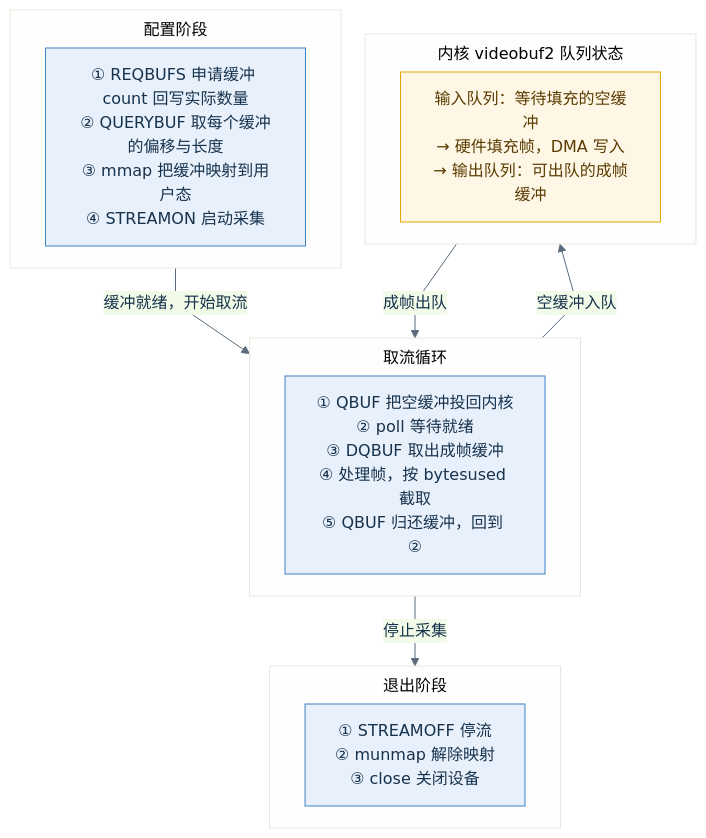
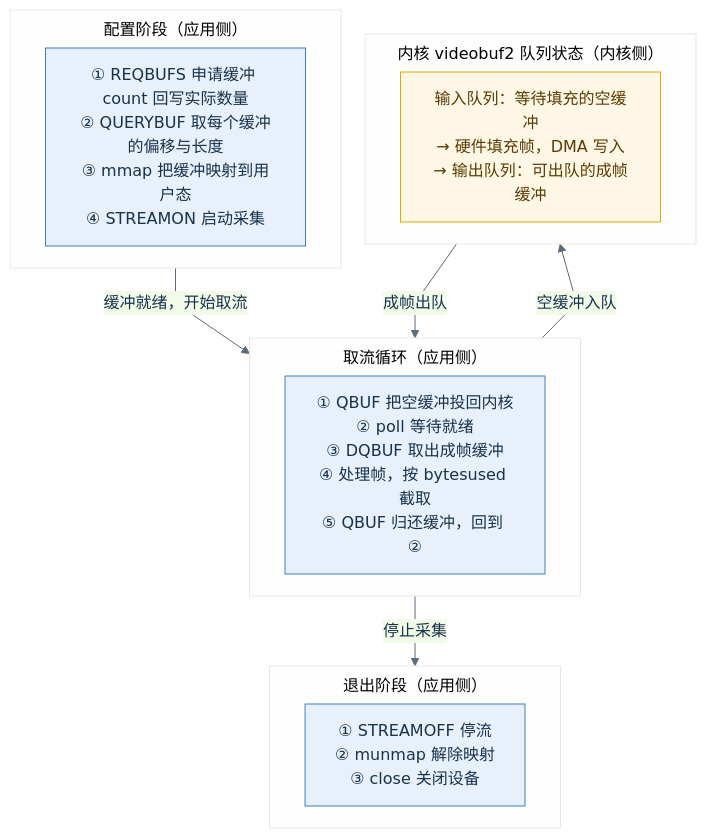
One commit to DeguiLiu/tech-notes changed the third of 9 diagrams in content/posts/architecture/soc_video_pipeline_v4l2_dma_buf.md. Above: the diagram before and after it, drawn with Mermaid. The commit also changed other lines of this file, not shown here.

Commit message:
story-docs(blog): redraw layering figure for both V4L2 sides and label buffer stages

````diff
--- a/content/posts/architecture/soc_video_pipeline_v4l2_dma_buf.md
+++ b/content/posts/architecture/soc_video_pipeline_v4l2_dma_buf.md
@@ -254,22 +254,23 @@
 ```mermaid
 %%{init: {'theme':'base','flowchart':{'nodeSpacing':24,'rankSpacing':46,'curve':'linear','subGraphTitleMargin':{'top':8,'bottom':8}},'themeVariables':{'primaryColor':'#E8F1FB','primaryTextColor':'#17324D','primaryBorderColor':'#3B82C4','lineColor':'#5B6B7C'}}}%%
 flowchart TB
-  subgraph CFG["配置阶段"]
+  subgraph CFG["配置阶段（应用侧）"]
     CF["① REQBUFS 申请缓冲 count 回写实际数量<br/>② QUERYBUF 取每个缓冲的偏移与长度<br/>③ mmap 把缓冲映射到用户态<br/>④ STREAMON 启动采集"]:::app
   end
-  subgraph LOOP["取流循环"]
+  subgraph LOOP["取流循环（应用侧）"]
     LP["① QBUF 把空缓冲投回内核<br/>② poll 等待就绪<br/>③ DQBUF 取出成帧缓冲<br/>④ 处理帧，按 bytesused 截取<br/>⑤ QBUF 归还缓冲，回到 ②"]:::app
   end
-  subgraph VB["内核 videobuf2 队列状态"]
+  subgraph VB["内核 videobuf2 队列状态（内核侧）"]
     VB1["输入队列：等待填充的空缓冲<br/>→ 硬件填充帧，DMA 写入<br/>→ 输出队列：可出队的成帧缓冲"]:::buf
   end
-  subgraph FIN["退出阶段"]
+  subgraph FIN["退出阶段（应用侧）"]
     FI["① STREAMOFF 停流<br/>② munmap 解除映射<br/>③ close 关闭设备"]:::app
   end
   CFG -->|"缓冲就绪，开始取流"| LOOP
   LOOP -->|"空缓冲入队"| VB
   VB -->|"成帧出队"| LOOP
   LOOP -->|"停止采集"| FIN
   classDef app fill:#E8F1FB,stroke:#3B82C4,color:#17324D
   classDef buf fill:#FFF7E6,stroke:#E0A800,color:#5A3B00
+
 ```
````
